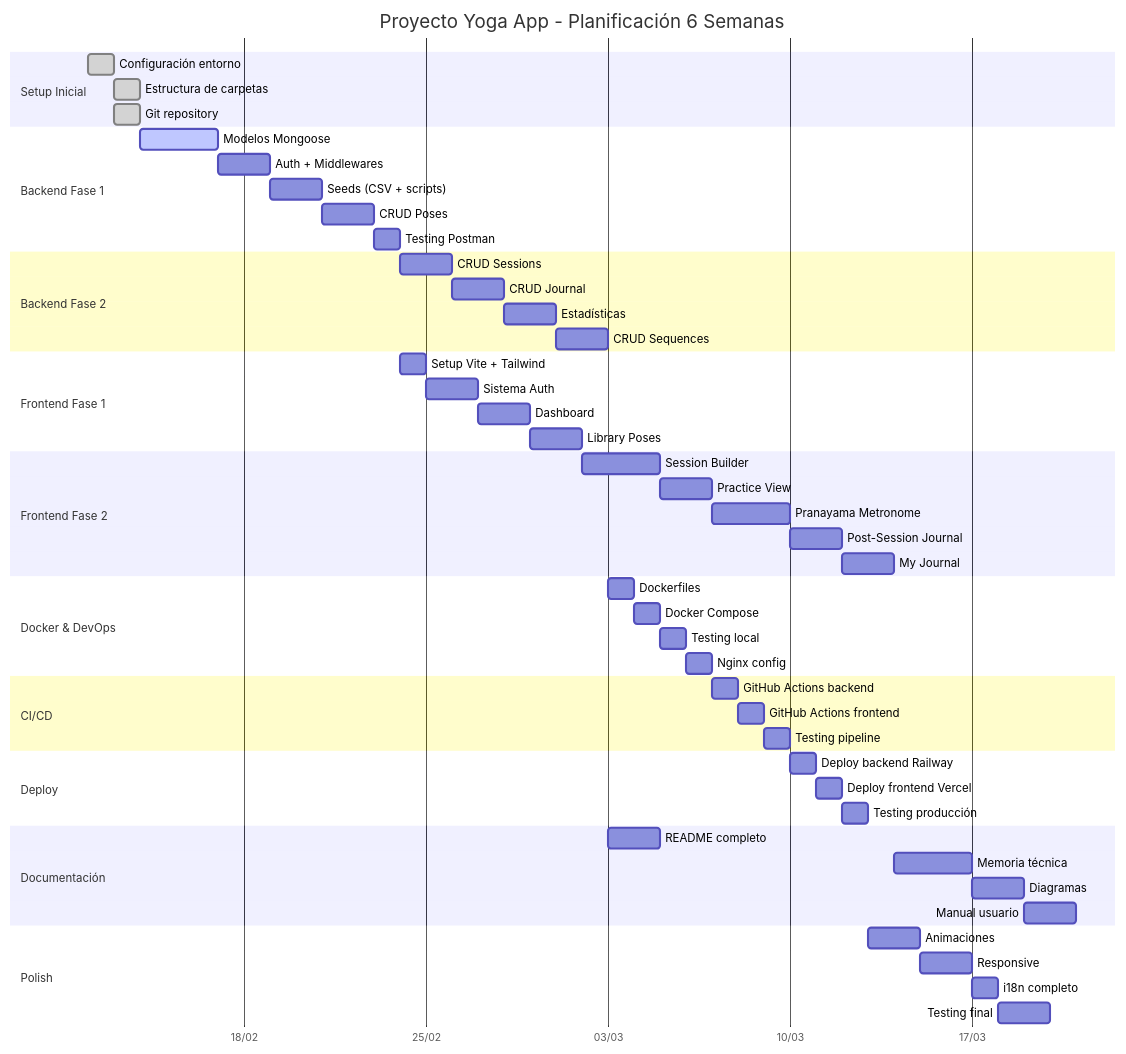
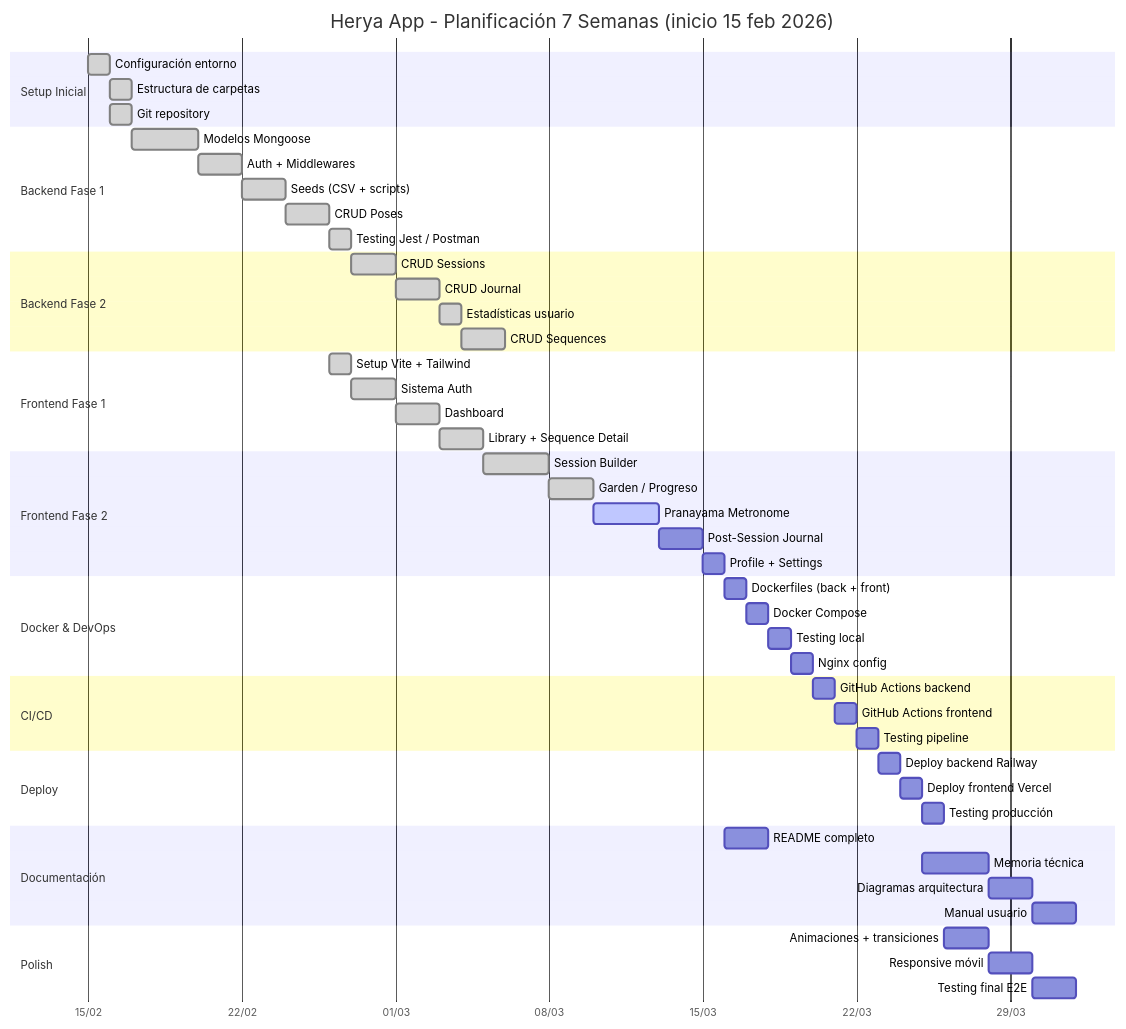
One commit to spidevmax/herya-app changed the diagram in docs/PLANNING.md. Above: the diagram before and after it, drawn with Mermaid. The commit also changed 42 other files, not shown here.

````diff
--- a/docs/PLANNING.md
+++ b/docs/PLANNING.md
@@ -1,65 +1,64 @@
 ```mermaid
 gantt
-    title Proyecto Yoga App - Planificación 6 Semanas
+    title Herya App - Planificación 7 Semanas (inicio 15 feb 2026)
     dateFormat YYYY-MM-DD
     axisFormat %d/%m
-    
+
     section Setup Inicial
-    Configuración entorno           :done, setup1, 2024-02-12, 1d
-    Estructura de carpetas          :done, setup2, 2024-02-13, 1d
-    Git repository                  :done, setup3, 2024-02-13, 1d
-    
+    Configuración entorno           :done, setup1, 2026-02-15, 1d
+    Estructura de carpetas          :done, setup2, 2026-02-16, 1d
+    Git repository                  :done, setup3, 2026-02-16, 1d
+
     section Backend Fase 1
-    Modelos Mongoose               :active, back1, 2024-02-14, 3d
-    Auth + Middlewares             :back2, after back1, 2d
-    Seeds (CSV + scripts)          :back3, after back2, 2d
-    CRUD Poses                     :back4, after back3, 2d
-    Testing Postman                :back5, after back4, 1d
-    
+    Modelos Mongoose               :done, back1, 2026-02-17, 3d
+    Auth + Middlewares             :done, back2, 2026-02-20, 2d
+    Seeds (CSV + scripts)          :done, back3, 2026-02-22, 2d
+    CRUD Poses                     :done, back4, 2026-02-24, 2d
+    Testing Jest / Postman         :done, back5, 2026-02-26, 1d
+
     section Backend Fase 2
-    CRUD Sessions                  :back6, after back5, 2d
-    CRUD Journal                   :back7, after back6, 2d
-    Estadísticas                   :back8, after back7, 2d
-    CRUD Sequences                 :back9, after back8, 2d
-    
+    CRUD Sessions                  :done, back6, 2026-02-27, 2d
+    CRUD Journal                   :done, back7, 2026-03-01, 2d
+    Estadísticas usuario           :done, back8, 2026-03-03, 1d
+    CRUD Sequences                 :done, back9, 2026-03-04, 2d
+
     section Frontend Fase 1
-    Setup Vite + Tailwind          :front1, after back5, 1d
-    Sistema Auth                   :front2, after front1, 2d
-    Dashboard                      :front3, after front2, 2d
-    Library Poses                  :front4, after front3, 2d
-    
+    Setup Vite + Tailwind          :done, front1, 2026-02-26, 1d
+    Sistema Auth                   :done, front2, 2026-02-27, 2d
+    Dashboard                      :done, front3, 2026-03-01, 2d
+    Library + Sequence Detail      :done, front4, 2026-03-03, 2d
+
     section Frontend Fase 2
-    Session Builder                :front5, after front4, 3d
-    Practice View                  :front6, after front5, 2d
-    Pranayama Metronome           :front7, after front6, 3d
+    Session Builder                :done, front5, 2026-03-05, 3d
+    Garden / Progreso              :done, front6, 2026-03-08, 2d
+    Pranayama Metronome            :active, front7, 2026-03-10, 3d
     Post-Session Journal           :front8, after front7, 2d
-    My Journal                     :front9, after front8, 2d
-    
+    Profile + Settings             :front9, after front8, 1d
+
     section Docker & DevOps
-    Dockerfiles                    :docker1, after back9, 1d
+    Dockerfiles (back + front)     :docker1, 2026-03-16, 1d
     Docker Compose                 :docker2, after docker1, 1d
     Testing local                  :docker3, after docker2, 1d
     Nginx config                   :docker4, after docker3, 1d
-    
+
     section CI/CD
     GitHub Actions backend         :cicd1, after docker4, 1d
     GitHub Actions frontend        :cicd2, after cicd1, 1d
     Testing pipeline               :cicd3, after cicd2, 1d
-    
+
     section Deploy
     Deploy backend Railway         :deploy1, after cicd3, 1d
     Deploy frontend Vercel         :deploy2, after deploy1, 1d
     Testing producción             :deploy3, after deploy2, 1d
-    
+
     section Documentación
-    README completo                :doc1, after back9, 2d
-    Memoria técnica                :doc2, after front9, 3d
-    Diagramas                      :doc3, after doc2, 2d
+    README completo                :doc1, 2026-03-16, 2d
+    Memoria técnica                :doc2, 2026-03-25, 3d
+    Diagramas arquitectura         :doc3, after doc2, 2d
     Manual usuario                 :doc4, after doc3, 2d
-    
+
     section Polish
-    Animaciones                    :polish1, after deploy3, 2d
-    Responsive                     :polish2, after polish1, 2d
-    i18n completo                  :polish3, after polish2, 1d
-    Testing final                  :polish4, after polish3, 2d
+    Animaciones + transiciones     :polish1, after deploy3, 2d
+    Responsive móvil               :polish2, after polish1, 2d
+    Testing final E2E              :polish3, after polish2, 2d
 ```
````
